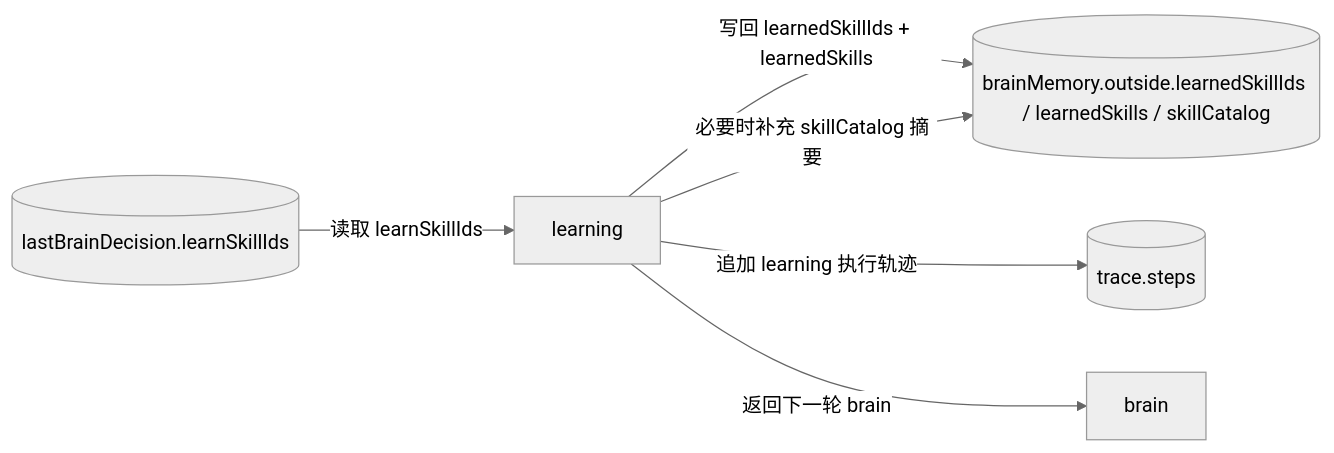
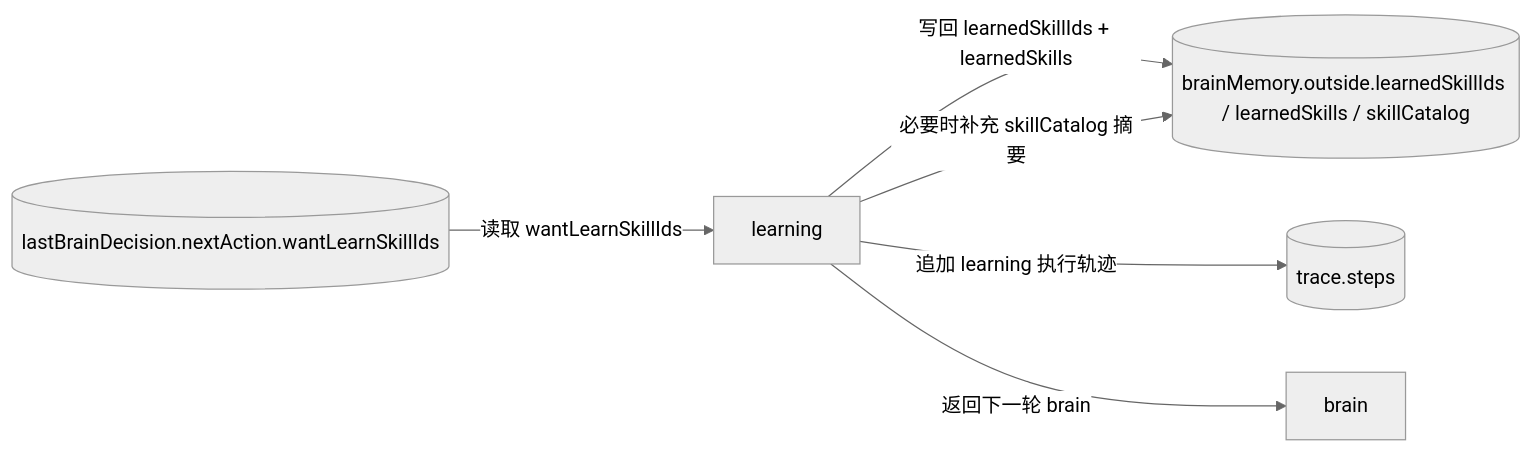
One commit to Yoan98/Ncurator changed the fourth of 6 diagrams in doc/ai-design/data-definition-and-flow.md. Above: the diagram before and after it, drawn with Mermaid (neutral theme). The commit also changed other lines of this file and 6 other files, not shown here.

Commit message:
Clarify AI refactor docs and human architecture references

````diff
--- a/doc/ai-design/data-definition-and-flow.md
+++ b/doc/ai-design/data-definition-and-flow.md
@@ -385,14 +410,14 @@
 ```mermaid
 flowchart LR
-    LBD[("lastBrainDecision.learnSkillIds")]
+    LBD[("lastBrainDecision.nextAction.wantLearnSkillIds")]
     L["learning"]
     BM[("brainMemory.outside.learnedSkillIds / learnedSkills / skillCatalog")]
     TR[("trace.steps")]
     B["brain"]
 
-    LBD -->|读取 learnSkillIds| L
+    LBD -->|读取 wantLearnSkillIds| L
     L -->|写回 learnedSkillIds + learnedSkills| BM
     L -->|必要时补充 skillCatalog 摘要| BM
     L -->|追加 learning 执行轨迹| TR
     L -->|返回下一轮 brain| B
 ```
````
